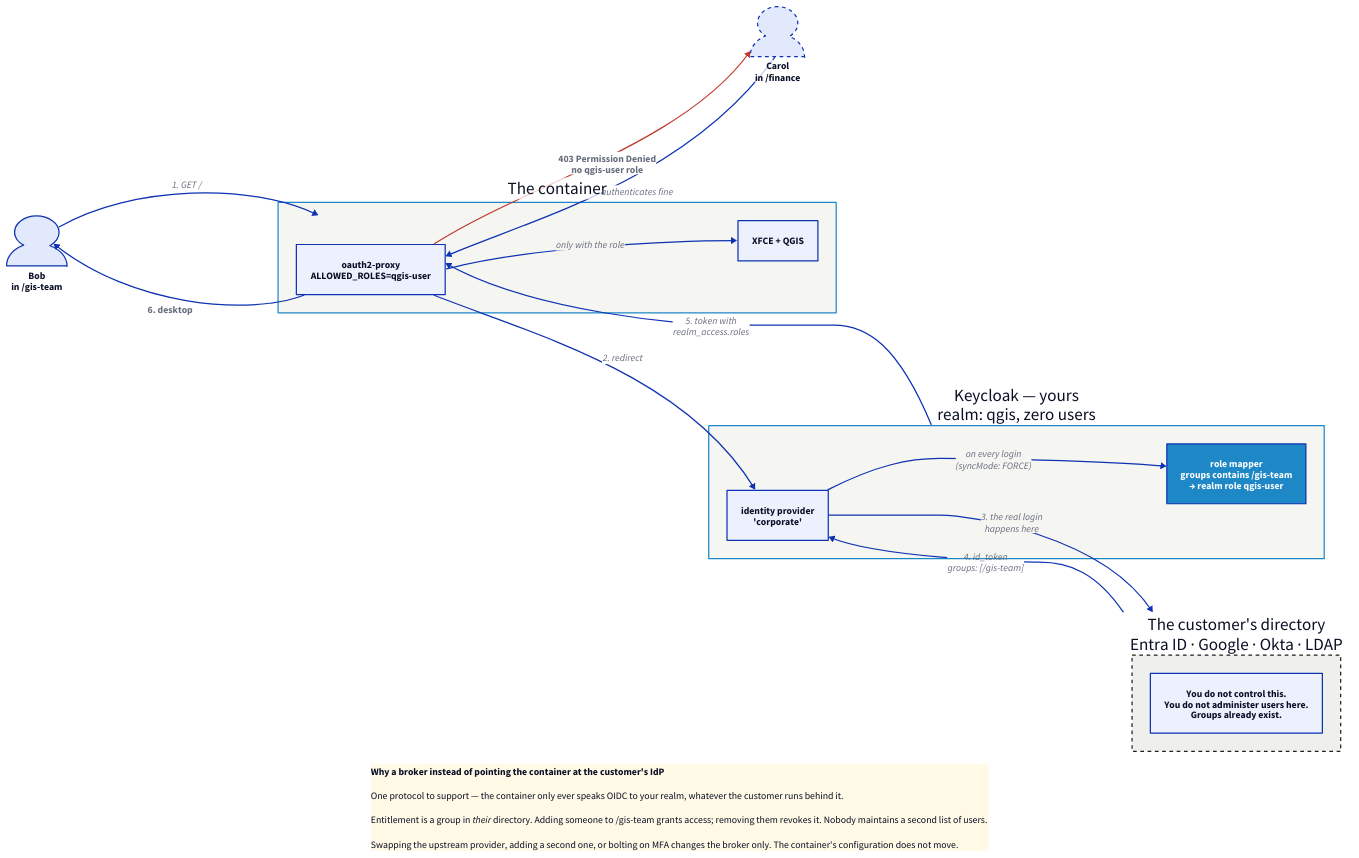
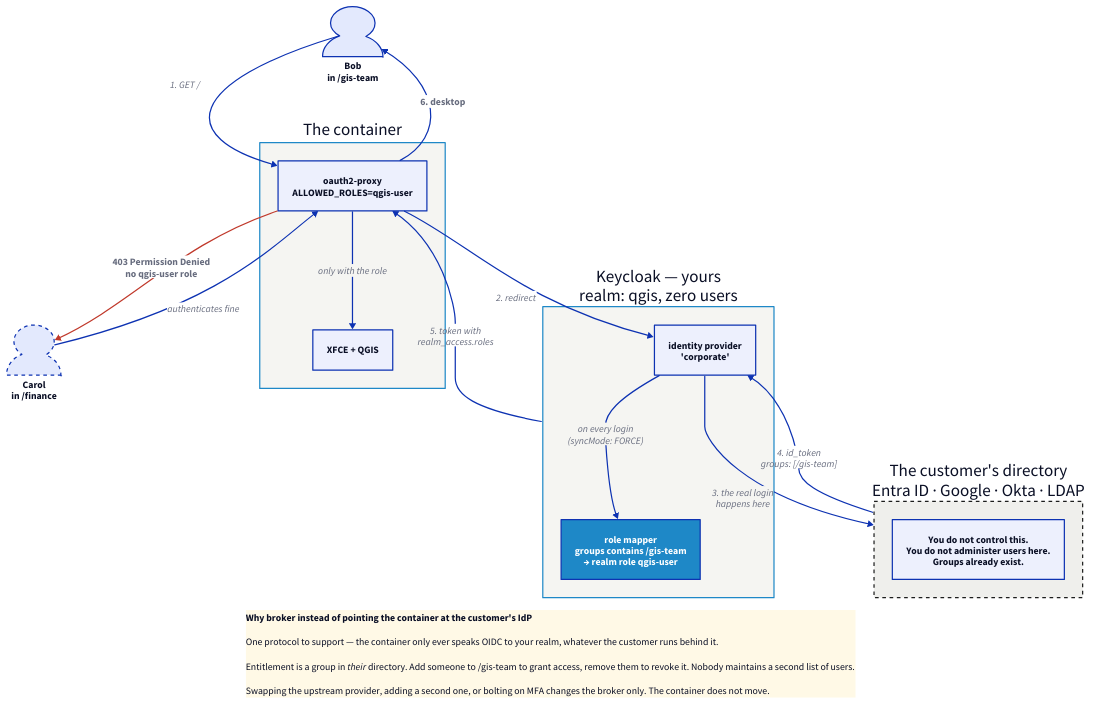
Before and after one commit to kartoza/qgis-desktop-docker: the diagram in docs/scenarios/diagrams/federated-idp.d2, drawn with D2. The commit also changed 34 other files, not shown here.

```diff
--- a/docs/scenarios/diagrams/federated-idp.d2
+++ b/docs/scenarios/diagrams/federated-idp.d2
@@ -1,63 +1,68 @@
 # Keycloak as a broker in front of the customer's own directory.
 # Rendered by scripts/render-diagrams.sh — edit the .d2, not the .svg.
 
-direction: right
+direction: down
 
 bob: "Bob\nin /gis-team" { shape: person }
 carol: "Carol\nin /finance" { shape: person; style.stroke-dash: 3 }
 
 corp: "The customer's directory\nEntra ID · Google · Okta · LDAP" {
   style.fill: "#EFEFEC"
   style.stroke: "#1C1D1D"
   style.stroke-dash: 3
   note: "You do not control this.\nYou do not administer users here.\nGroups already exist."
 }
 
 broker: "Keycloak — yours\nrealm: qgis, zero users" {
   style.fill: "#F5F5F2"
   style.stroke: "#1E88C7"
 
   idp: "identity provider\n'corporate'"
   mapper: "role mapper\ngroups contains /gis-team\n→ realm role qgis-user" {
     style.fill: "#1E88C7"
     style.font-color: "#FFFFFF"
   }
   idp -> mapper: "on every login\n(syncMode: FORCE)"
 }
 
 container: "The container" {
   style.fill: "#F5F5F2"
   style.stroke: "#1E88C7"
   proxy: "oauth2-proxy\nALLOWED_ROLES=qgis-user"
   desktop: "XFCE + QGIS"
   proxy -> desktop: "only with the role"
 }
 
 bob -> container.proxy: "1. GET /"
 container.proxy -> broker.idp: "2. redirect"
 broker.idp -> corp: "3. the real login\nhappens here"
 corp -> broker.idp: "4. id_token\ngroups: [/gis-team]"
 broker -> container.proxy: "5. token with\nrealm_access.roles"
 container.proxy -> bob: "6. desktop" { style.bold: true }
 
 carol -> container.proxy: "authenticates fine"
 container.proxy -> carol: "403 Permission Denied\nno qgis-user role" {
   style.stroke: "#C0392B"
   style.bold: true
 }
 
 why: |md
-  **Why a broker instead of pointing the container at the customer's IdP**
+  **Why broker instead of pointing the
+  container at the customer's IdP**
 
-  One protocol to support — the container only ever speaks OIDC to your realm,
+  One protocol to support — the container
+  only ever speaks OIDC to your realm,
   whatever the customer runs behind it.
 
-  Entitlement is a group in *their* directory. Adding someone to /gis-team grants
-  access; removing them revokes it. Nobody maintains a second list of users.
+  Entitlement is a group in *their*
+  directory. Add someone to /gis-team to
+  grant access, remove them to revoke it.
+  Nobody maintains a second list of users.
 
-  Swapping the upstream provider, adding a second one, or bolting on MFA changes
-  the broker only. The container's configuration does not move.
+  Swapping the upstream provider, adding a
+  second one, or bolting on MFA changes the
+  broker only. The container does not move.
 | {
   near: bottom-center
   style.fill: "#FFF9E6"
 }
```
